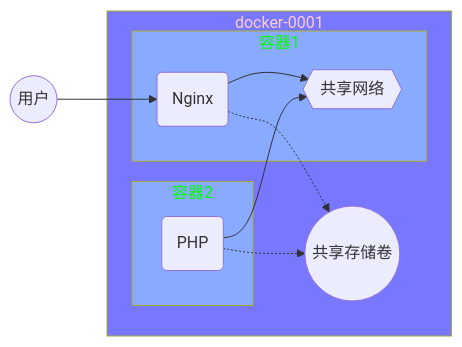
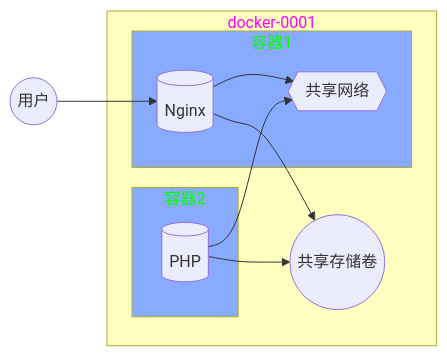
Before and after one commit to byy1679/cloud: the first of 2 diagrams in CLOUD/05/docker-02.md, drawn with Mermaid. The commit also changed other lines of this file and 6 other files, not shown here.

````diff
--- a/CLOUD/05/docker-02.md
+++ b/CLOUD/05/docker-02.md
@@ -207,21 +207,16 @@
 ```mermaid
 graph LR
   subgraph docker-0001
-    style docker-0001 color:#ffcccc,fill:#7777ff
+    style docker-0001 fill:#ffffc0,color:#ff00ff
       subgraph 容器1
       style 容器1 color:#00ff00,fill:#88aaff
-        APP1(Nginx)
-        NET1{{共享网络}}
+        APP1[(Nginx)];NET1{{共享网络}}
       end
       subgraph 容器2
       style 容器2 color:#00ff00,fill:#88aaff
-        APP2(PHP)
+        APP2[(PHP)]
       end
-    APP1 --> NET1
-    APP2 --> NET1
-  L((共享存储卷))
-  APP1 -.-> L
-  APP2 -.-> L
+    APP1 & APP2 --> NET1 & L((共享存储卷))
   end
 U((用户)) --> APP1
 ```
````
